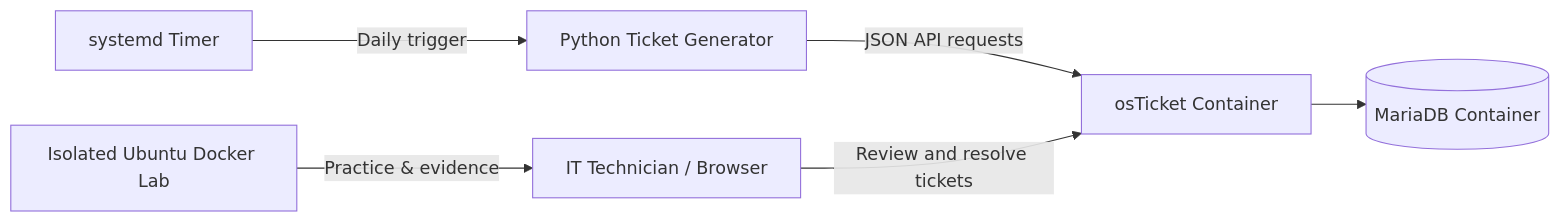
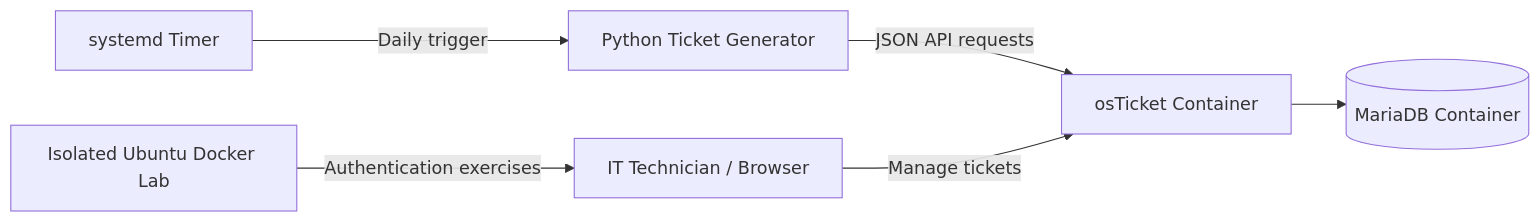
The diagram in README.md (Since-Vince/IT-Helpdesk-Homelab), drawn with Mermaid before and after one commit. The commit also changed other lines of this file, not shown here.

````diff
--- a/README.md
+++ b/README.md
@@ -10,8 +26,8 @@
 ```mermaid
 flowchart LR
     A[Python Ticket Generator] -->|JSON API requests| B[osTicket Container]
     B --> C[(MariaDB Container)]
     D[systemd Timer] -->|Daily trigger| A
-    E[IT Technician / Browser] -->|Review and resolve tickets| B
-    F[Isolated Ubuntu Docker Lab] -->|Practice & evidence| E
+    E[IT Technician / Browser] -->|Manage tickets| B
+    F[Isolated Ubuntu Docker Lab] -->|Authentication exercises| E
 ```
````
